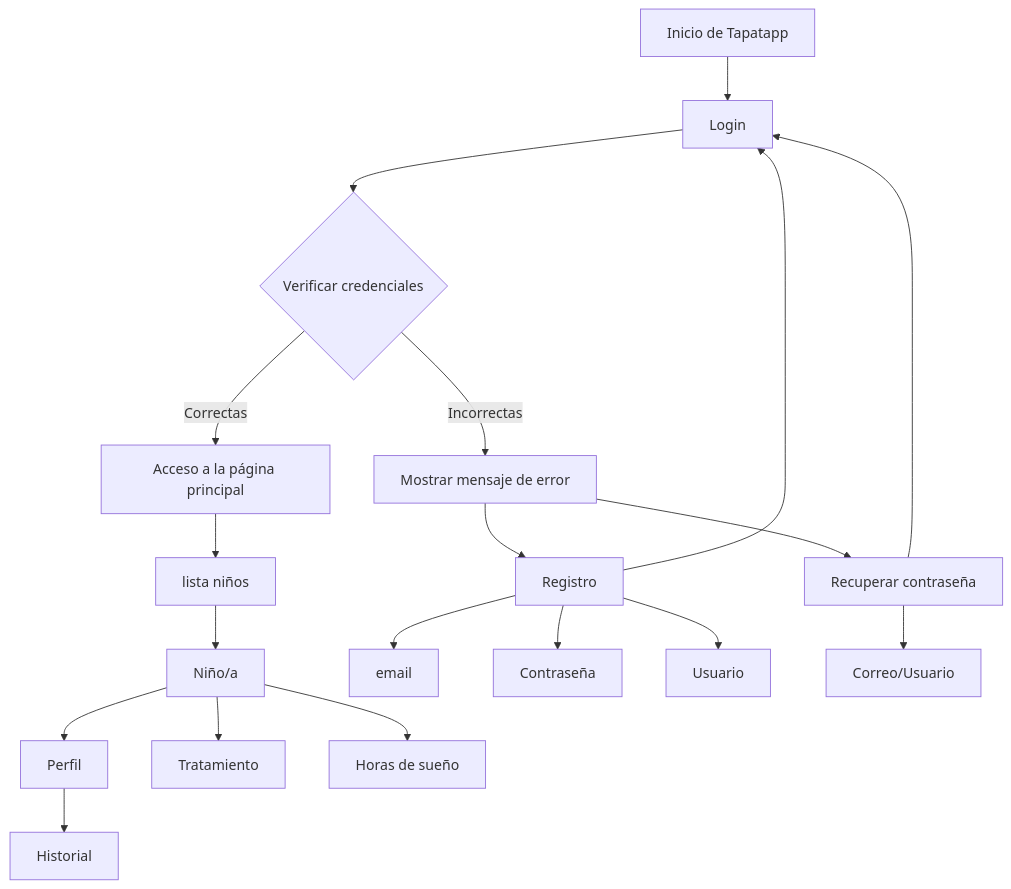
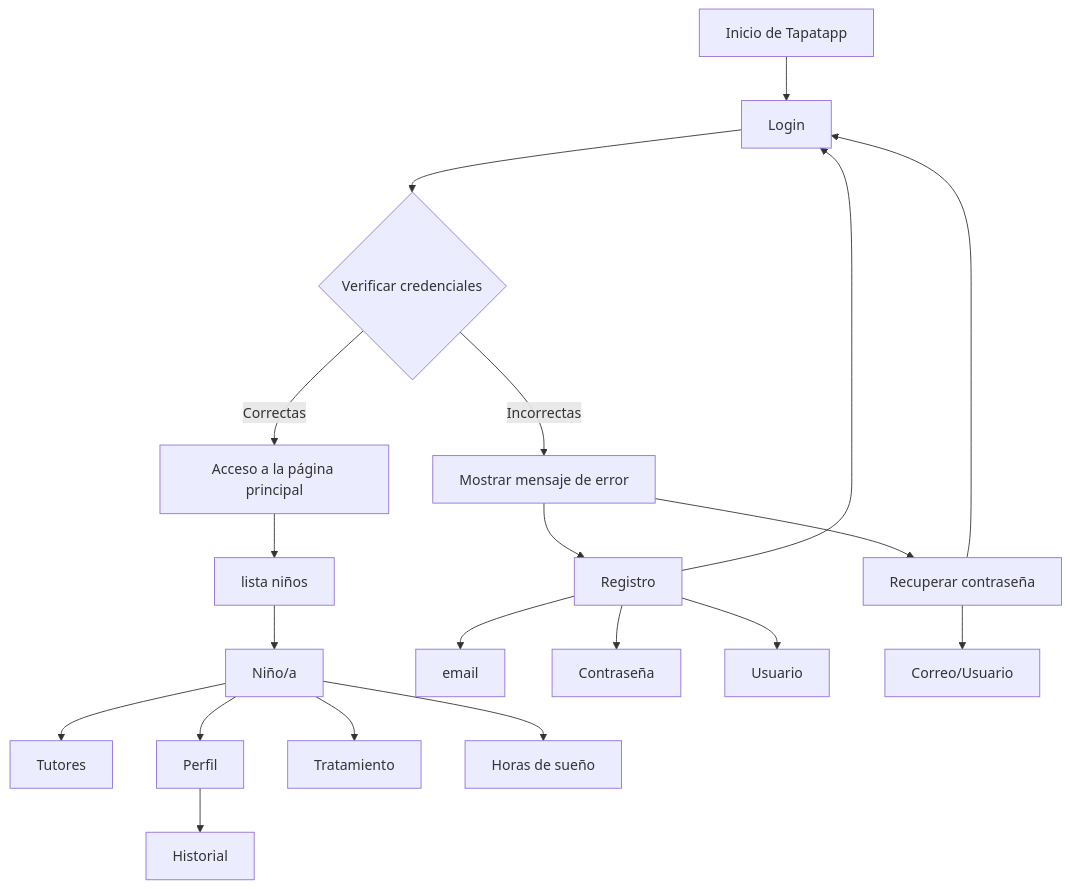
One commit to Verper021/tapatapp changed the diagram in prototipo2/inicidesessio.mermaid. Above: the diagram before and after it, drawn with Mermaid. The commit also changed other lines of this file, not shown here.

```diff
--- a/prototipo2/inicidesessio.mermaid
+++ b/prototipo2/inicidesessio.mermaid
@@ -1,19 +1,20 @@
 flowchart TD
     A[Inicio de Tapatapp] --> B[Login]
     B --> C{Verificar credenciales}
     C -->|Correctas| D[Acceso a la página principal]
     C -->|Incorrectas| E[Mostrar mensaje de error]
     G --> B
     D --> F[lista niños]
     E --> G[Registro]
     E --> H[Recuperar contraseña]
     H --> B
     F --> I[Niño/a]
+    I --> R[Tutores]
     I --> J[Perfil]
     I --> K[Tratamiento]
     J --> L[Historial]
     I --> M[Horas de sueño]
     G --> N[email]
     G --> O[Contraseña]
     G --> Q[Usuario]
     H --> P[Correo/Usuario]
```
